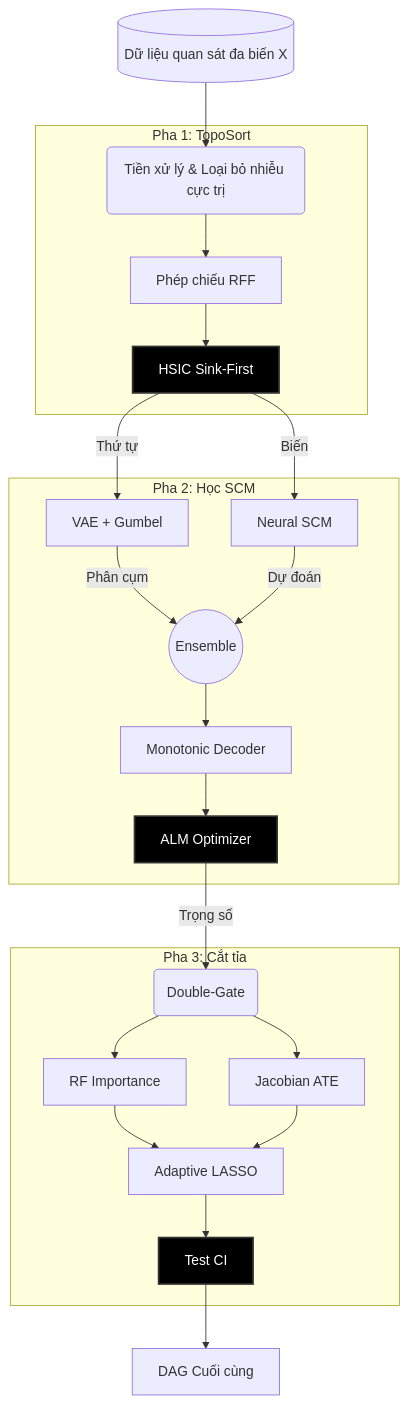
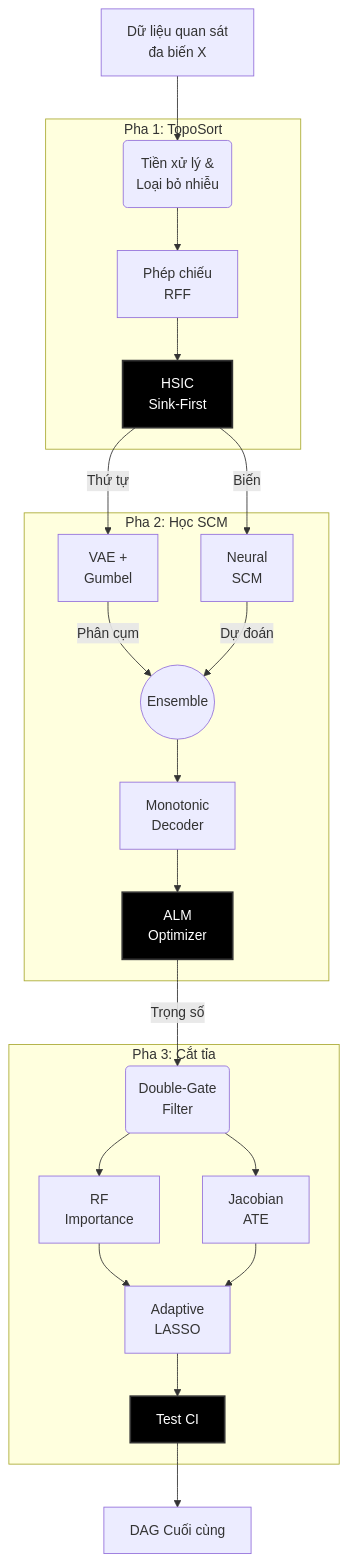
The first of 5 diagrams in docx/Chuong3_MoHinhDeepANM.md (manhthai1706/DeepANM), drawn with Mermaid before and after one commit. The commit also changed other lines of this file, not shown here.

Commit message:
docs: optimize all mermaid diagrams for vertical stacking with line breaks

````diff
--- a/docx/Chuong3_MoHinhDeepANM.md
+++ b/docx/Chuong3_MoHinhDeepANM.md
@@ -11,35 +11,35 @@
 ```mermaid
 graph TD
     classDef highlight fill:#000,color:#fff,stroke:#333,stroke-width:2px;
     classDef sub core fill:#bbf,stroke:#333,stroke-width:2px;
     
-    Data[(Dữ liệu quan sát đa biến X)] --> Preprocess(Tiền xử lý & Loại bỏ nhiễu cực trị)
+    Data["Dữ liệu quan sát<br/>đa biến X"] --> Preprocess("Tiền xử lý &<br/>Loại bỏ nhiễu")
     
     subgraph phase1 ["Pha 1: TopoSort"]
-        Preprocess --> RFF[Phép chiếu RFF]
-        RFF --> Sink[HSIC Sink-First]
+        Preprocess --> RFF["Phép chiếu<br/>RFF"]
+        RFF --> Sink["HSIC<br/>Sink-First"]
     end
     
     subgraph phase2 ["Pha 2: Học SCM"]
-        Sink -->|Thứ tự| Encoder["VAE + Gumbel"]
-        Sink -->|Biến| SEM[Neural SCM]
-        Encoder -->|Phân cụm| Combine((Ensemble))
-        SEM -->|Dự đoán| Combine
-        Combine --> Decoder[Monotonic Decoder]
-        Decoder --> ALM[ALM Optimizer]
+        Sink -->|"Thứ tự"| Encoder["VAE +<br/>Gumbel"]
+        Sink -->|"Biến"| SEM["Neural<br/>SCM"]
+        Encoder -->|"Phân cụm"| Combine((Ensemble))
+        SEM -->|"Dự đoán"| Combine
+        Combine --> Decoder["Monotonic<br/>Decoder"]
+        Decoder --> ALM["ALM<br/>Optimizer"]
     end
     
     subgraph phase3 ["Pha 3: Cắt tỉa"]
-        ALM -->|Trọng số| DoubleGate(Double-Gate)
-        DoubleGate --> RF[RF Importance]
-        DoubleGate --> ATE[Jacobian ATE]
-        RF --> ALasso[Adaptive LASSO]
+        ALM -->|"Trọng số"| DoubleGate("Double-Gate<br/>Filter")
+        DoubleGate --> RF["RF<br/>Importance"]
+        DoubleGate --> ATE["Jacobian<br/>ATE"]
+        RF --> ALasso["Adaptive<br/>LASSO"]
         ATE --> ALasso
-        ALasso --> CI[Test CI]
+        ALasso --> CI["Test CI"]
     end
     
-    CI --> Final[DAG Cuối cùng]
+    CI --> Final["DAG Cuối cùng"]
     
     class Sink,ALM,CI highlight;
     class Encoder,SEM,Decoder core;
 ```
````
